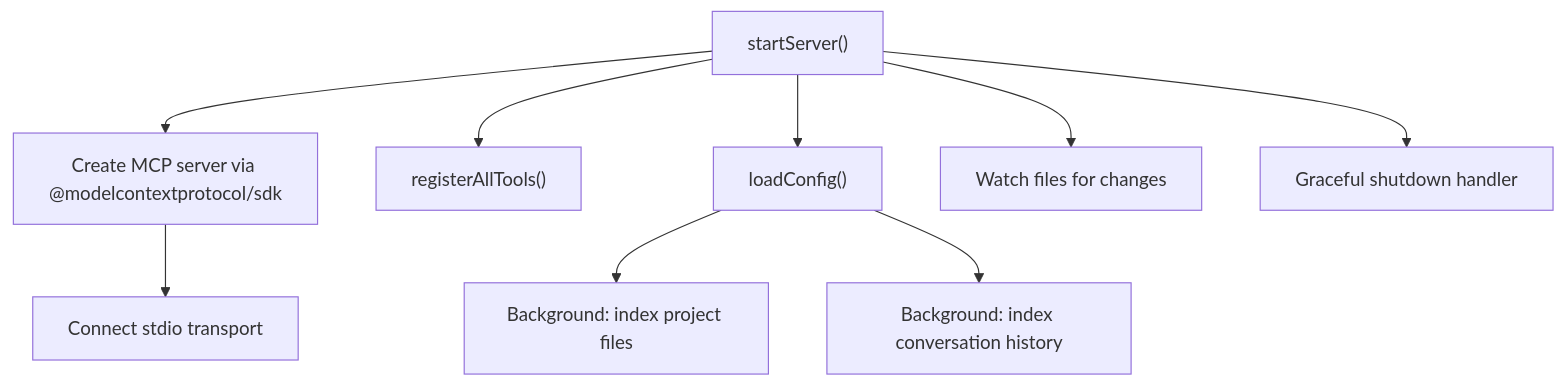
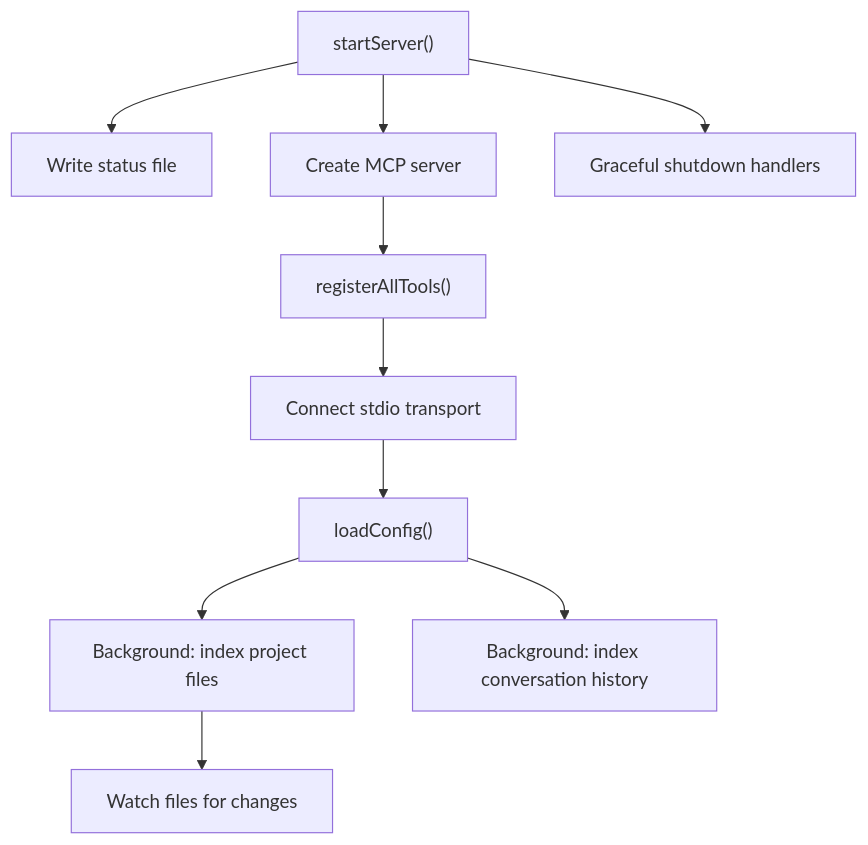
Before and after one commit to TheWinci/mimirs: the first of 2 diagrams in wiki/modules/server/index.md, drawn with Mermaid. The commit also changed other lines of this file and 27 other files, not shown here.

````diff
--- a/wiki/modules/server/index.md
+++ b/wiki/modules/server/index.md
@@ -11,21 +11,23 @@
 ```mermaid
 flowchart TD
   startFn["startServer()"]
-  createMcp["Create MCP server via @modelcontextprotocol/sdk"]
+  writeStatus["Write status file"]
+  createMcp["Create MCP server"]
+  registerTools["registerAllTools()"]
   stdio["Connect stdio transport"]
-  registerTools["registerAllTools()"]
   loadConf["loadConfig()"]
   bgIndex["Background: index project files"]
   bgConv["Background: index conversation history"]
   fileWatch["Watch files for changes"]
-  shutdown["Graceful shutdown handler"]
+  shutdown_handler["Graceful shutdown handlers"]
 
+  startFn --> writeStatus
+  startFn --> shutdown_handler
   startFn --> createMcp
-  createMcp --> stdio
-  startFn --> registerTools
-  startFn --> loadConf
+  createMcp --> registerTools
+  registerTools --> stdio
+  stdio --> loadConf
   loadConf --> bgIndex
+  bgIndex --> fileWatch
   loadConf --> bgConv
-  startFn --> fileWatch
-  startFn --> shutdown
 ```
````
